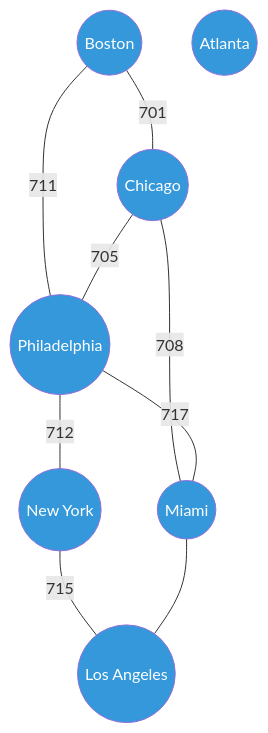
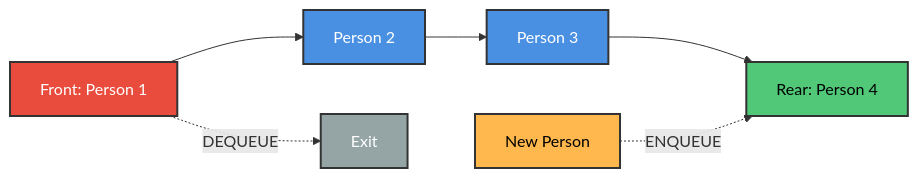
Before and after one commit to M-F-Tushar/CSE-2101-Data-Structure: the tenth of 14 diagrams in Chapter 1 - Introduction and Overview/README.md, drawn with Mermaid. The commit also changed other lines of this file, not shown here.

````diff
--- a/Chapter 1 - Introduction and Overview/README.md
+++ b/Chapter 1 - Introduction and Overview/README.md
@@ -705,27 +649,16 @@
 ```mermaid
-graph TD
-    BOS((Boston))
-    CHI((Chicago))
-    MIA((Miami))
-    PHI((Philadelphia))
-    ATL((Atlanta))
-    NYC((New York))
-    LA((Los Angeles))
+graph LR
+    FRONT["Front: Person 1"] --> P2["Person 2"]
+    P2 --> P3["Person 3"]
+    P3 --> REAR["Rear: Person 4"]
     
-    BOS ---|701| CHI
-    BOS ---|711| PHI
-    CHI ---|705| PHI
-    CHI ---|708| MIA
-    PHI ---|712| NYC
-    PHI ---|717| MIA
-    NYC ---|715| LA
-    MIA --- LA
-
-    style BOS fill:#3498db,color:#fff
-    style CHI fill:#3498db,color:#fff
-    style MIA fill:#3498db,color:#fff
-    style PHI fill:#3498db,color:#fff
-    style ATL fill:#3498db,color:#fff
-    style NYC fill:#3498db,color:#fff
-    style LA fill:#3498db,color:#fff
+    FRONT -.->|DEQUEUE| EXIT["Exit"]
+    NEW["New Person"] -.->|ENQUEUE| REAR
+    
+    style FRONT fill:#E94B3C,stroke:#333,stroke-width:2px,color:#fff
+    style P2 fill:#4A90E2,stroke:#333,stroke-width:2px,color:#fff
+    style P3 fill:#4A90E2,stroke:#333,stroke-width:2px,color:#fff
+    style REAR fill:#50C878,stroke:#333,stroke-width:2px,color:#000
+    style NEW fill:#FFB84D,stroke:#333,stroke-width:2px,color:#000
+    style EXIT fill:#95A5A6,stroke:#333,stroke-width:2px,color:#fff
 ```
````
